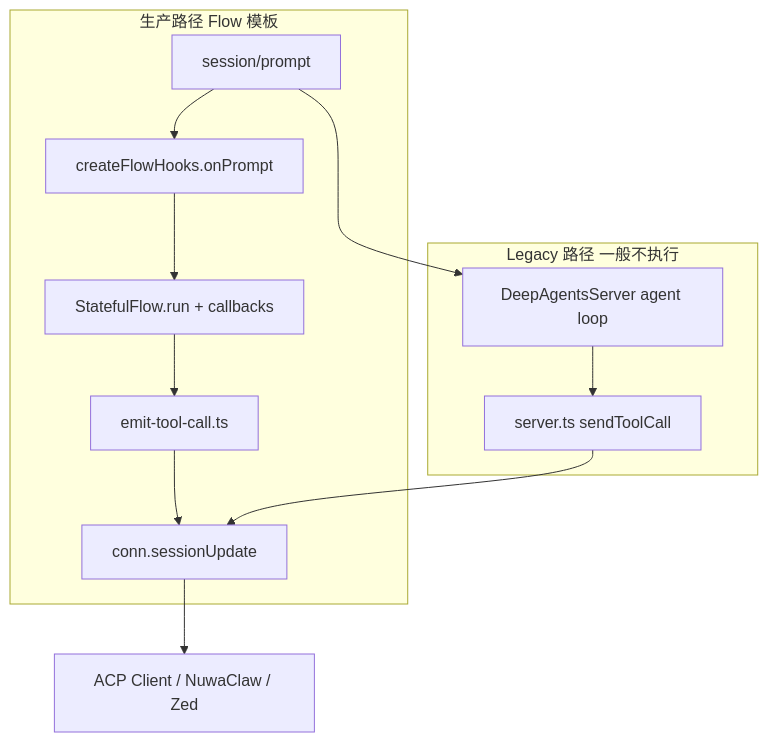
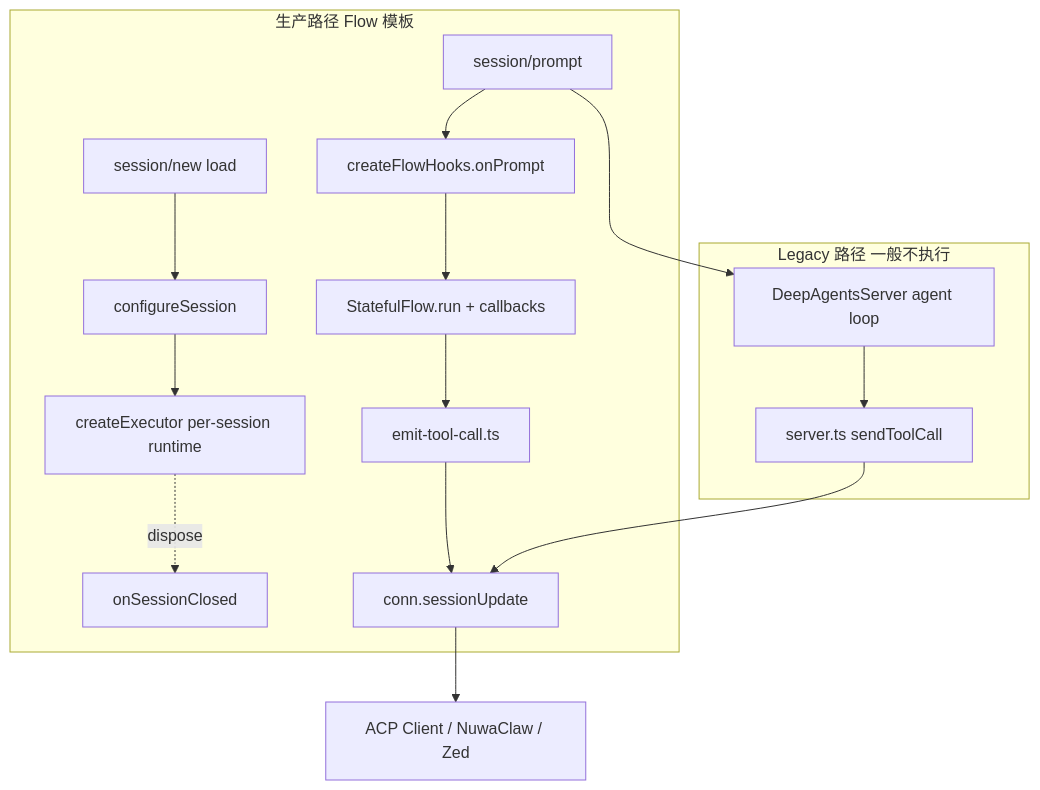
The diagram in docs/packages/deepagents-flow-ts/development/acp/architecture.md (nuwax-ai/deepagents-dev-templates), drawn with Mermaid before and after one commit. The commit also changed other lines of this file and 8 other files, not shown here.

First line of the commit message:
docs(flow-ts): sync ACP handbook with current surface/legacy impl

````diff
--- a/docs/packages/deepagents-flow-ts/development/acp/architecture.md
+++ b/docs/packages/deepagents-flow-ts/development/acp/architecture.md
@@ -7,17 +7,20 @@
 ```mermaid
 flowchart TB
   subgraph prod [生产路径 Flow 模板]
+    SessNew[session/new load] --> Cfg[configureSession]
+    Cfg --> SE[createExecutor per-session runtime]
+    SE -. dispose .-> Close[onSessionClosed]
     Prompt[session/prompt] --> Hooks[createFlowHooks.onPrompt]
     Hooks --> FlowRun[StatefulFlow.run + callbacks]
     FlowRun --> Emit[emit-tool-call.ts]
     Emit --> Conn[conn.sessionUpdate]
   end
 
   subgraph legacy [Legacy 路径 一般不执行]
   Prompt --> DeepSrv[DeepAgentsServer agent loop]
   DeepSrv --> SendTC[server.ts sendToolCall]
   SendTC --> Conn
   end
 
   Conn --> Client[ACP Client / NuwaClaw / Zed]
 ```
````
